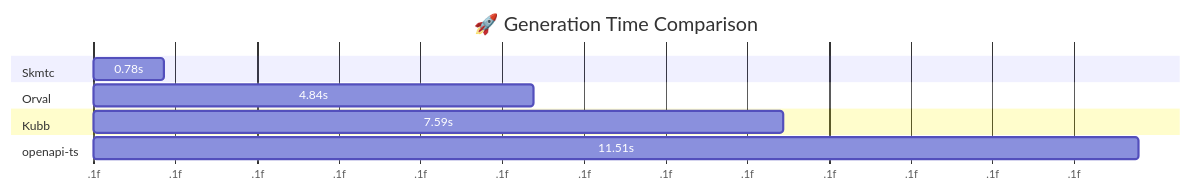
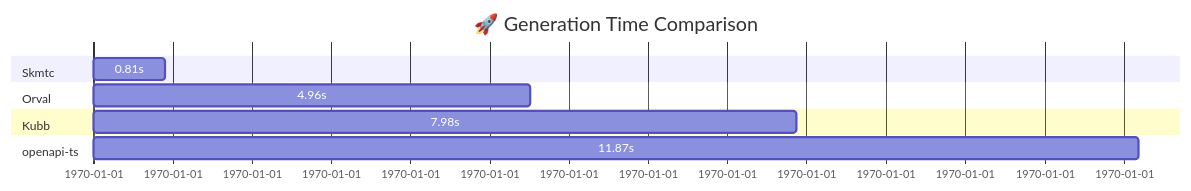
Before and after one commit to skmtc/openapi-codegen-benchmarks: the diagram in README.md, drawn with Mermaid. The commit also changed other lines of this file and 2 other files, not shown here.

Commit message:
Update chart labels

````diff
--- a/README.md
+++ b/README.md
@@ -24,18 +24,17 @@
 ```mermaid
 gantt
     title 🚀 Generation Time Comparison
     dateFormat X
-    axisFormat %.1f
     
     section Skmtc
-    0.78s :0, 777
+    0.81s :0, 811
     
     section Orval
-    4.84s :0, 4841
+    4.96s :0, 4958
     
     section Kubb
-    7.59s :0, 7592
+    7.98s :0, 7979
     
     section openapi-ts
-    11.51s :0, 11510
+    11.87s :0, 11868
 ```
````
